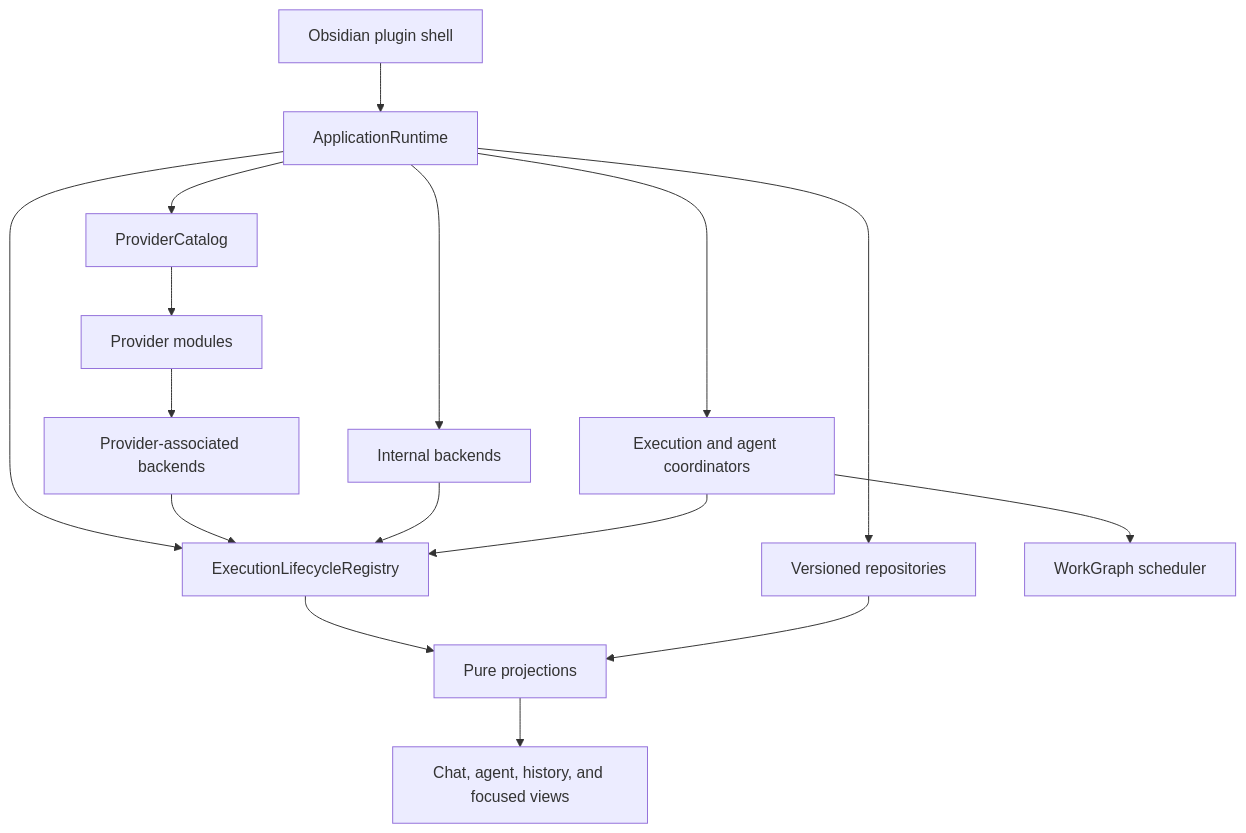
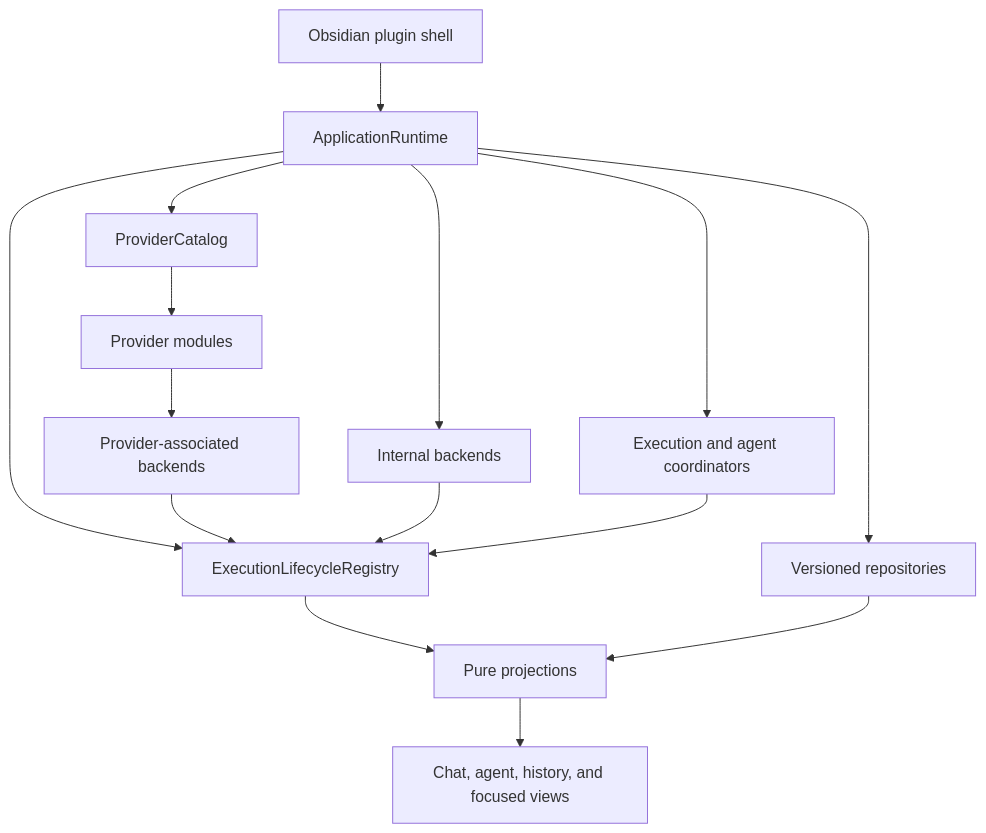
The diagram in docs/provider-execution-migration-plan.md (sandsaber/Grimoire), drawn with Mermaid before and after one commit. The commit also changed other lines of this file and 3 other files, not shown here.

````diff
--- a/docs/provider-execution-migration-plan.md
+++ b/docs/provider-execution-migration-plan.md
@@ -172,20 +222,19 @@
 ```mermaid
 flowchart TB
     plugin["Obsidian plugin shell"] --> app["ApplicationRuntime"]
     app --> catalog["ProviderCatalog"]
     app --> lifecycle["ExecutionLifecycleRegistry"]
     app --> repositories["Versioned repositories"]
     app --> coordinator["Execution and agent coordinators"]
 
     catalog --> modules["Provider modules"]
     modules --> providerBackends["Provider-associated backends"]
     app --> internalBackends["Internal backends"]
     providerBackends --> lifecycle
     internalBackends --> lifecycle
 
-    coordinator --> work["WorkGraph scheduler"]
     coordinator --> lifecycle
     lifecycle --> projections["Pure projections"]
     repositories --> projections
     projections --> features["Chat, agent, history, and focused views"]
 ```
````
